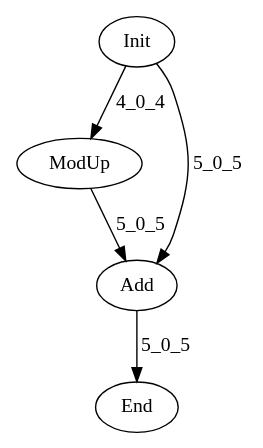
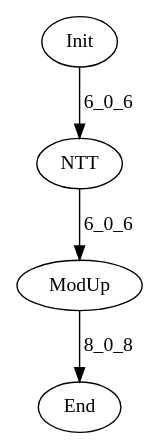
One commit to hal-lab-u-tokyo/PolyFHE changed the diagram in data/graph_poly.dot. Above: the diagram before and after it, drawn with Graphviz. The commit also changed 4 other files, not shown here.

Commit message:
Pass NTT&ModUp

```diff
--- a/data/graph_poly.dot
+++ b/data/graph_poly.dot
@@ -1,10 +1,9 @@
 digraph G {
 Init[label="Init"];
 End[label="End"];
+NTT[label="NTT"];
 ModUp[label="ModUp"];
-Add[label="Add"];
-Init -> ModUp[label="4_0_4"];
-ModUp -> Add[label="5_0_5"];
-Init -> Add[label="5_0_5"];
-Add -> End[label="5_0_5"];
+Init -> NTT[label="6_0_6"];
+NTT -> ModUp[label="6_0_6"];
+ModUp -> End[label="8_0_8"];
 }
```
